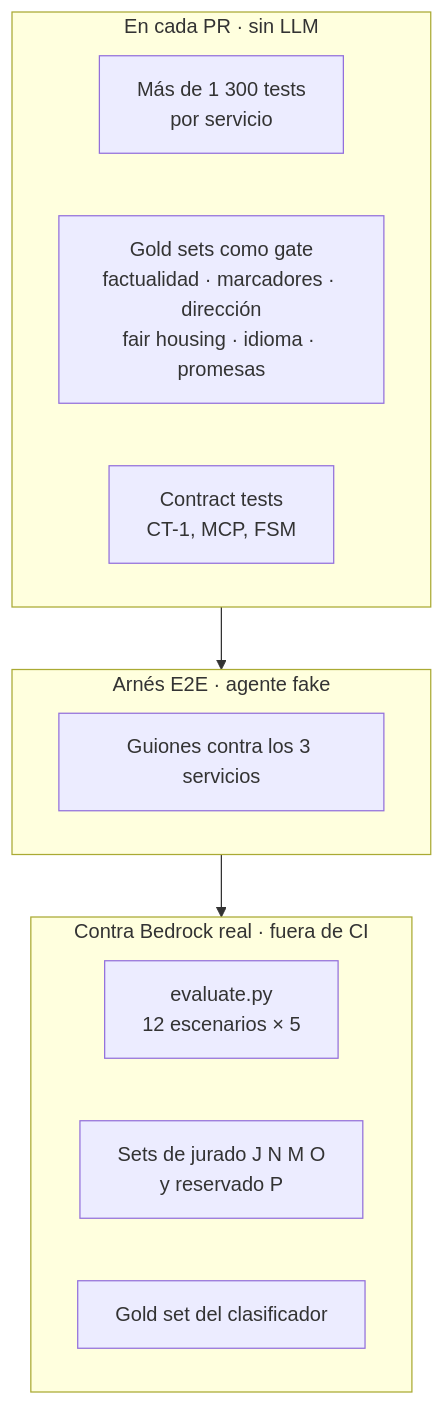
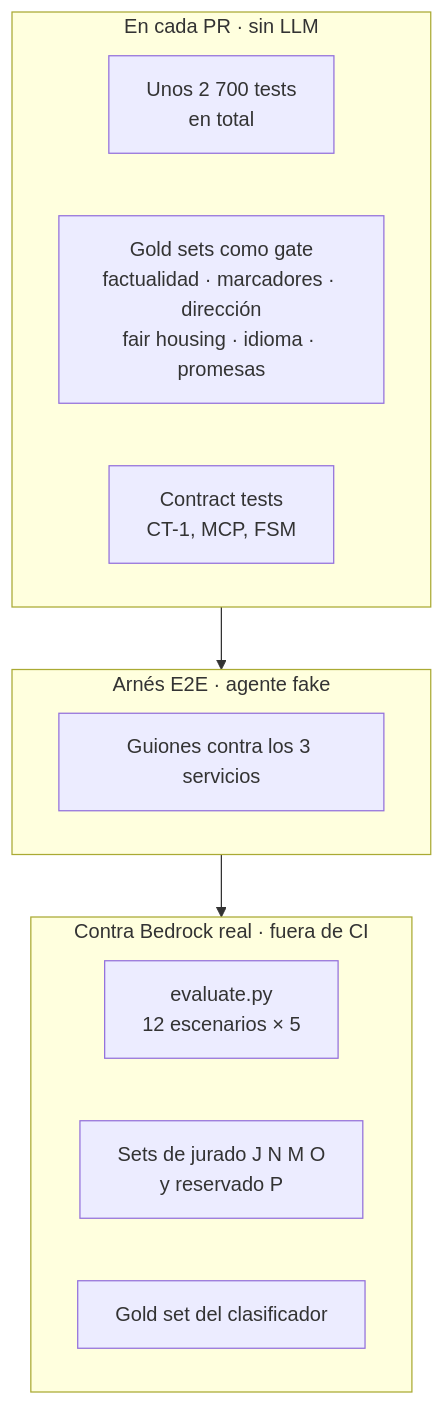
Diagram 19 of 19 in docs/DESIGN/arquitectura-por-piezas.md (softserve-leads-inmobiliaria/SoftServe-Agente-Lead-Inmobiliaro), drawn with Mermaid before and after one commit. The commit also changed 6 other files, not shown here.

````diff
--- a/docs/DESIGN/arquitectura-por-piezas.md
+++ b/docs/DESIGN/arquitectura-por-piezas.md
@@ -574,17 +574,17 @@
 ```mermaid
 flowchart TB
     subgraph CI["En cada PR · sin LLM"]
-        U["Más de 1 300 tests<br/>por servicio"]
+        U["Unos 2 700 tests<br/>en total"]
         G["Gold sets como gate<br/>factualidad · marcadores · dirección<br/>fair housing · idioma · promesas"]
         CT["Contract tests<br/>CT-1, MCP, FSM"]
     end
     subgraph Docker["Arnés E2E · agente fake"]
         E2E["Guiones contra los 3 servicios"]
     end
     subgraph Vivo["Contra Bedrock real · fuera de CI"]
         EV["evaluate.py<br/>12 escenarios × 5"]
         JU["Sets de jurado J N M O<br/>y reservado P"]
         CG["Gold set del clasificador"]
     end
     CI --> Docker --> Vivo
 ```
````
